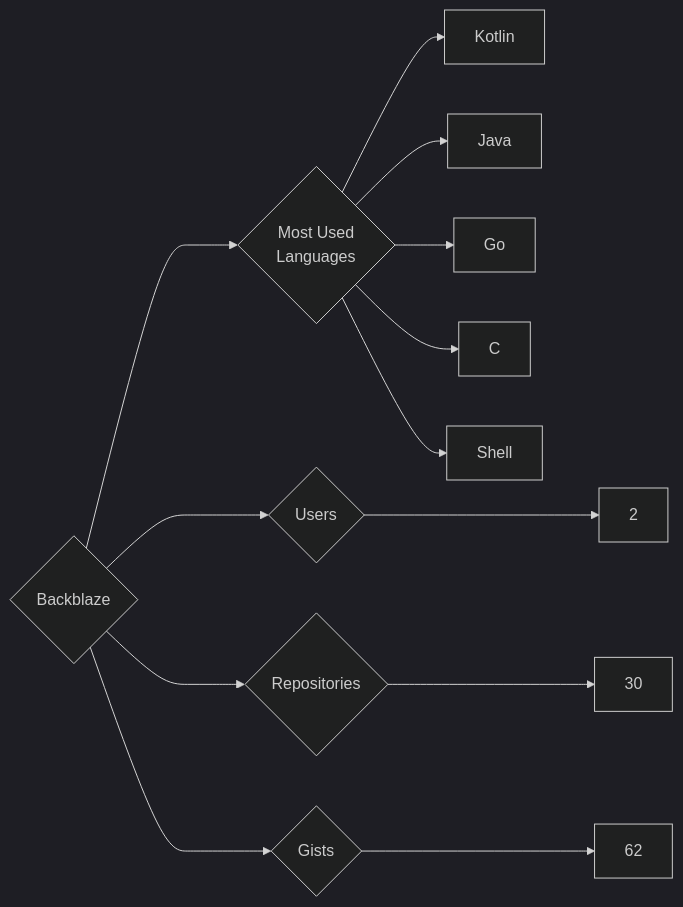
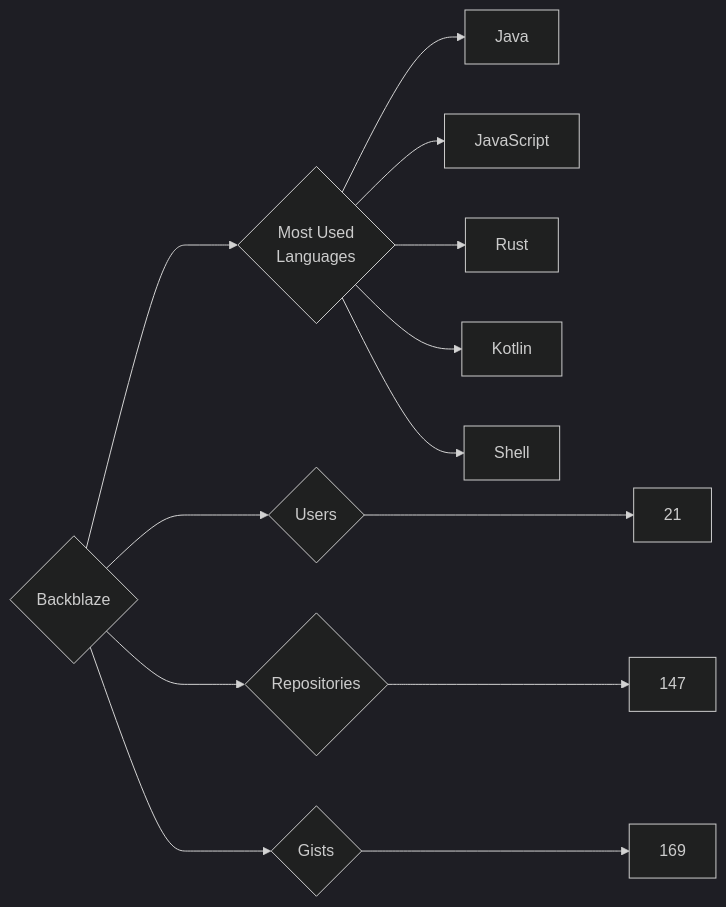
One commit to trickest/insiders changed the diagram in targets/Backblaze/README.md. Above: the diagram before and after it, drawn with Mermaid (dark theme). The commit also changed 916 other files, not shown here.

````diff
--- a/targets/Backblaze/README.md
+++ b/targets/Backblaze/README.md
@@ -3,13 +3,13 @@
 ```mermaid
 graph LR
 COMPANY_NAME{Backblaze}
-COMPANY_NAME ---> U{Users} ---> UN[2]
-COMPANY_NAME ---> R{Repositories} ---> RN[30]
-COMPANY_NAME ---> G{Gists} ---> GN[62]
+COMPANY_NAME ---> U{Users} ---> UN[21]
+COMPANY_NAME ---> R{Repositories} ---> RN[147]
+COMPANY_NAME ---> G{Gists} ---> GN[169]
 COMPANY_NAME ---> ML{Most Used<br>Languages}
+ML --> Java[Java]
+ML --> JavaScript[JavaScript]
+ML --> Rust[Rust]
 ML --> Kotlin[Kotlin]
-ML --> Java[Java]
-ML --> Go[Go]
-ML --> C[C]
 ML --> Shell[Shell]
 ```
````
